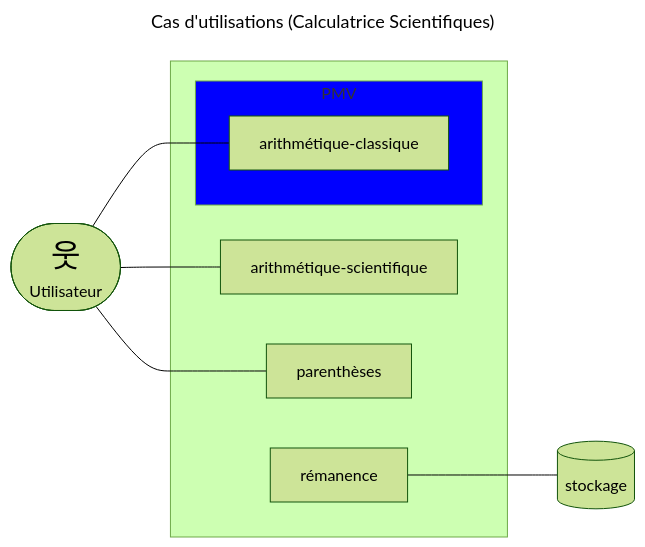
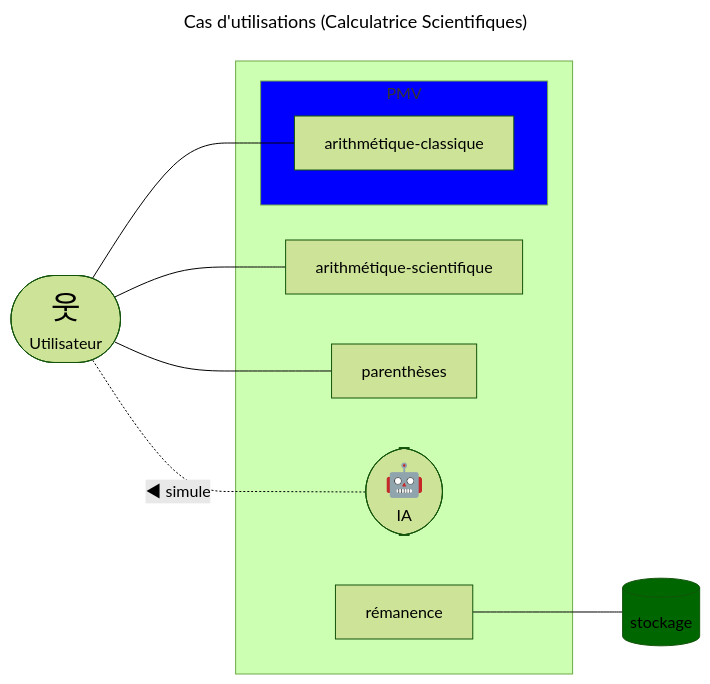
Before and after one commit to frederickjeanguerin/Cours_6M5_Projet_Guide: the diagram in documentation/cas-d-utilisation.md, drawn with Mermaid (forest theme). The commit also changed 1 other file, not shown here.

Commit message:
FIX cas d'utilisation --- close #4

````diff
--- a/documentation/cas-d-utilisation.md
+++ b/documentation/cas-d-utilisation.md
@@ -27,32 +27,58 @@
 ```mermaid
 ---
 title: Cas d'utilisations (Calculatrice Scientifiques)
 ---
 %% Type de diagramme: flowchart
 %% Orientation du diagramme: LR (Left to right)
 flowchart LR
     
     %% Définir d'abord les acteurs
+    %% Il n'y a pas de stickman en mermaid. 
+    %% Mais on peut le simuler avec un caractère coréen
     user(["<span style='font-size:200%'>웃</span><br> Utilisateur"])
+    %% Ou encore utiliser un émoji (décommenter la ligne ci-dessous)
     %% user(["<span style='font-size:200%'>👤</span><br> Utilisateur"])
     stockage[(stockage)]
     
     %% Définir ensuite les cas ou fonctionnalités du "système"
     subgraph système ["&nbsp;"]
-        %% identifier les cas faisant partie du PMV
+        %% Identifier les cas faisant partie du PMV
         subgraph PMV
             arithmétique-classique
+            %% En principe, un use case devrait être un groupe verbal
+            %% Donc le cas ci-dessus aurait du être libellé ainsi:
+            %% arithmétique-classique("Effectuer une opération<br>arithmétique classique")
         end
+        
+        %% Ajouter ensuite les cas qui ne font pas partie du PMV
         arithmétique-scientifique
         parenthèses
         rémanence
+        
+        %% Acteurs internes au système
+        %% Par exemple une intelligence artificielle pour remplacer un utilisateur.
+        %% Plus ou moins pertinent pour une calculatrice mais pourrait vous être utile.
+        IA(["<span style='font-size:200%'>🤖</span><br> IA"])
     end
     
     %% Définir les liens entre les acteurs et les cas
+    %% L'ordre est important et décidera si l'acteur sera positionné
+    %%      à gauche ou à droite du système.
+    %% Par convention on positionne l'acteur principal à gauche
+    %%      et les acteurs secondaires à droite.
     user --- arithmétique-classique
     user --- parenthèses & arithmétique-scientifique
     rémanence --- stockage
-    
+
+    %% Il n'y a pas de lien d'héritage en mermaid
+    %% On peut le remplacer pour un lien pointillé avec texte explicatif.
+    %% Le triangle (◀ ou ▶) indique la direction de lecture
+    user -.-|◀ simule| IA 
+
     %% Définir au besoin des styles particulier
-    style PMV fill:#00F
+    %% La couleur doit être une couleur CSS valide 
+    %% -> https://www.w3schools.com/cssref/css_colors.php.
+    style PMV fill:blue
+    %% Ou alors hexadécimale à 3 ou 6 chiffres
+    style stockage fill:#060
 ```
````
